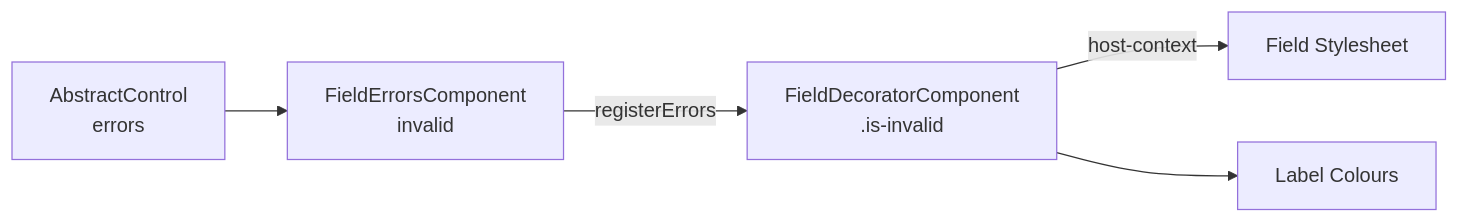
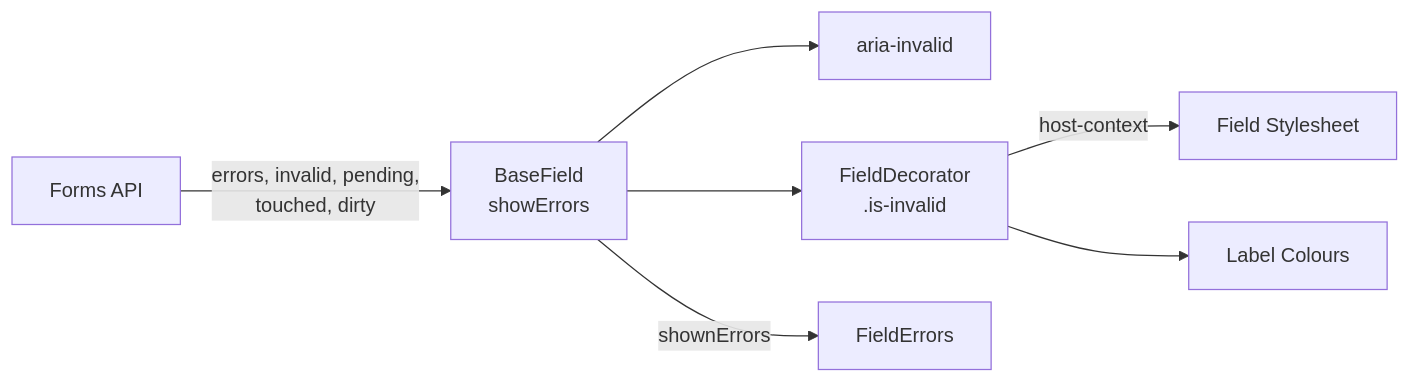
One commit to Cynthion/ngx-formidable changed the first of 2 diagrams in .documentation/tech/decoration.md. Above: the diagram before and after it, drawn with Mermaid. The commit also changed other lines of this file and 512 other files, not shown here.

First line of the commit message:
Make Every Field A Signal Forms Control Under Every Forms API (#41)

````diff
--- a/.documentation/tech/decoration.md
+++ b/.documentation/tech/decoration.md
@@ -33,7 +27,9 @@
 ```mermaid
 flowchart LR
-  Control[AbstractControl<br/>errors] --> Errors[FieldErrorsComponent<br/>invalid]
-  Errors -->|registerErrors| Decorator[FieldDecoratorComponent<br/>.is-invalid]
-  Decorator -->|host-context| Field[Field Stylesheet]
+  Api[Forms API] -->|errors, invalid, pending,<br/>touched, dirty| Field[BaseField<br/>showErrors]
+  Field --> Aria[aria-invalid]
+  Field --> Decorator[FieldDecorator<br/>.is-invalid]
+  Field -->|shownErrors| Messages[FieldErrors]
+  Decorator -->|host-context| Styles[Field Stylesheet]
   Decorator --> Label[Label Colours]
 ```
````
